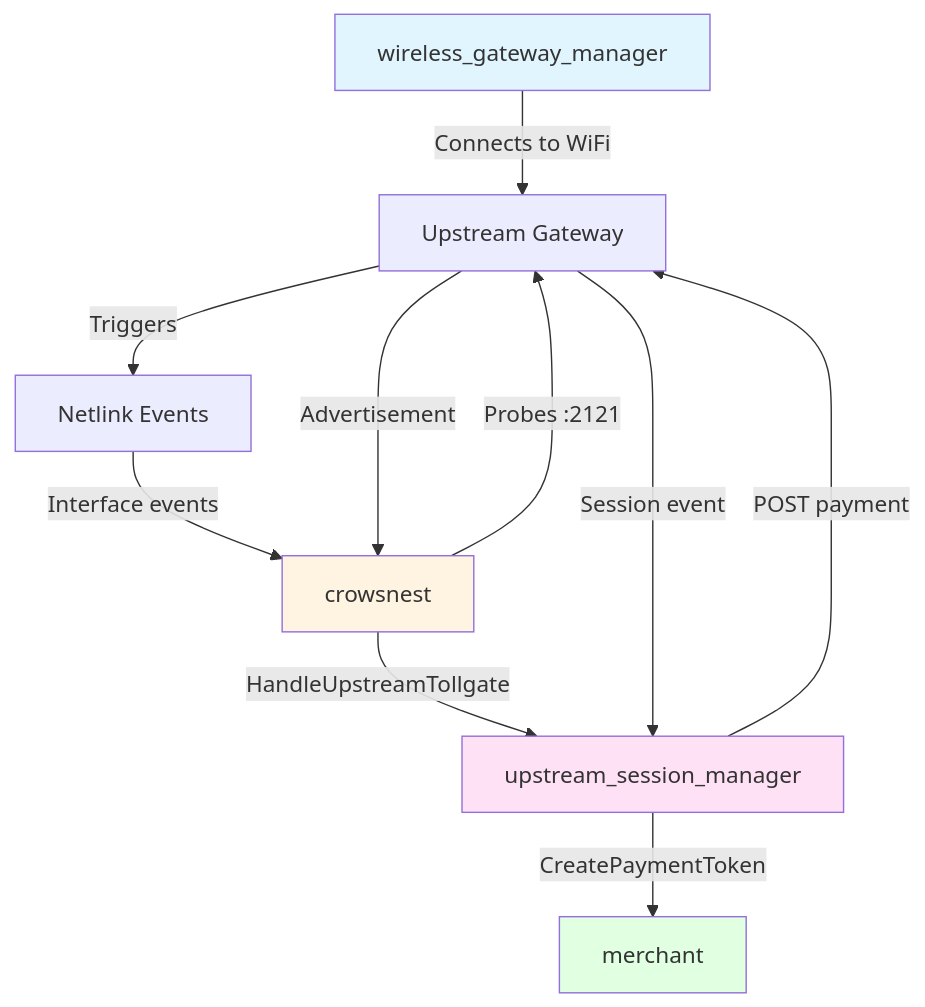
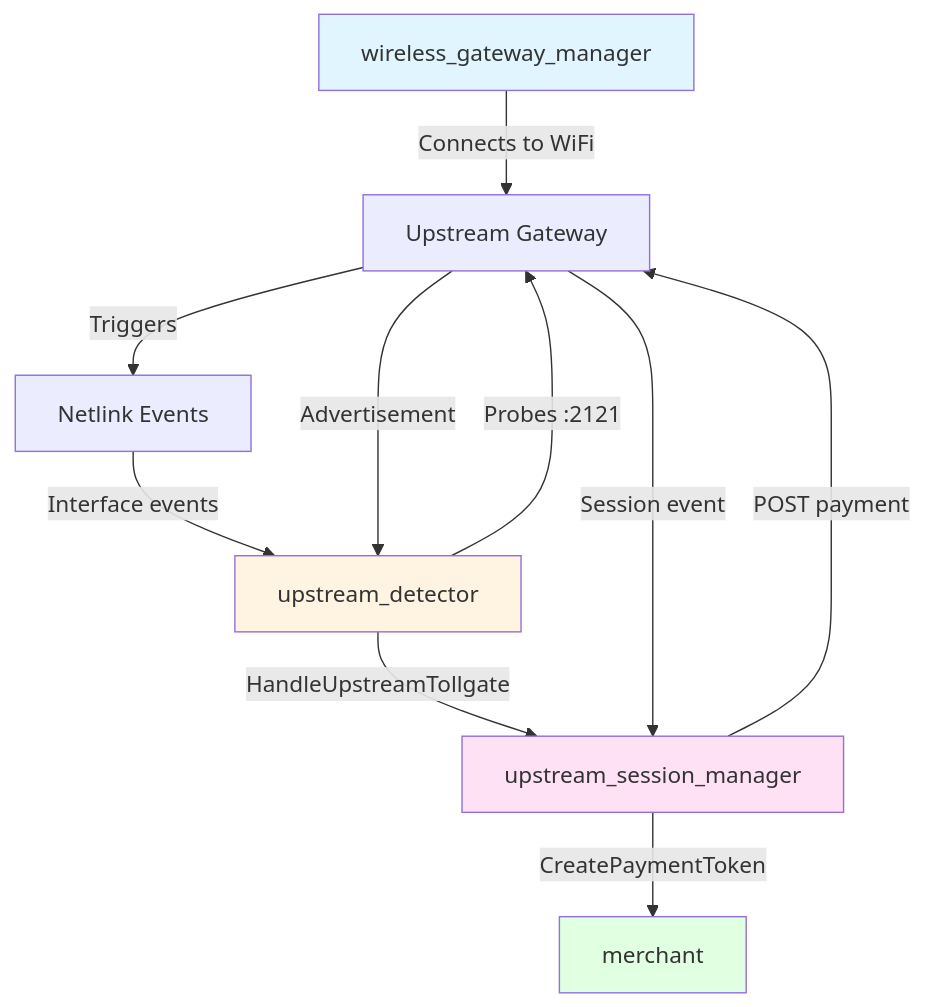
The first of 4 diagrams in docs/upstream-gateway-flow.md (OpenTollGate/tollgate-module-basic-go), drawn with Mermaid before and after one commit. The commit also changed other lines of this file and 2 other files, not shown here.

First line of the commit message:
docs: rename crowsnest → upstream_detector across docs

````diff
--- a/docs/upstream-gateway-flow.md
+++ b/docs/upstream-gateway-flow.md
@@ -20,24 +20,24 @@
 ```mermaid
 graph TB
     WGM[wireless_gateway_manager]
-    CS[crowsnest]
+    CS[upstream_detector]
     CH[upstream_session_manager]
     MR[merchant]
     NL[Netlink Events]
     GW[Upstream Gateway]
     
     WGM -->|Connects to WiFi| GW
     GW -->|Triggers| NL
     NL -->|Interface events| CS
     CS -->|Probes :2121| GW
     GW -->|Advertisement| CS
     CS -->|HandleUpstreamTollgate| CH
     CH -->|CreatePaymentToken| MR
     CH -->|POST payment| GW
     GW -->|Session event| CH
     
     style WGM fill:#e1f5ff
     style CS fill:#fff4e1
     style CH fill:#ffe1f5
     style MR fill:#e1ffe1
 ```
````
